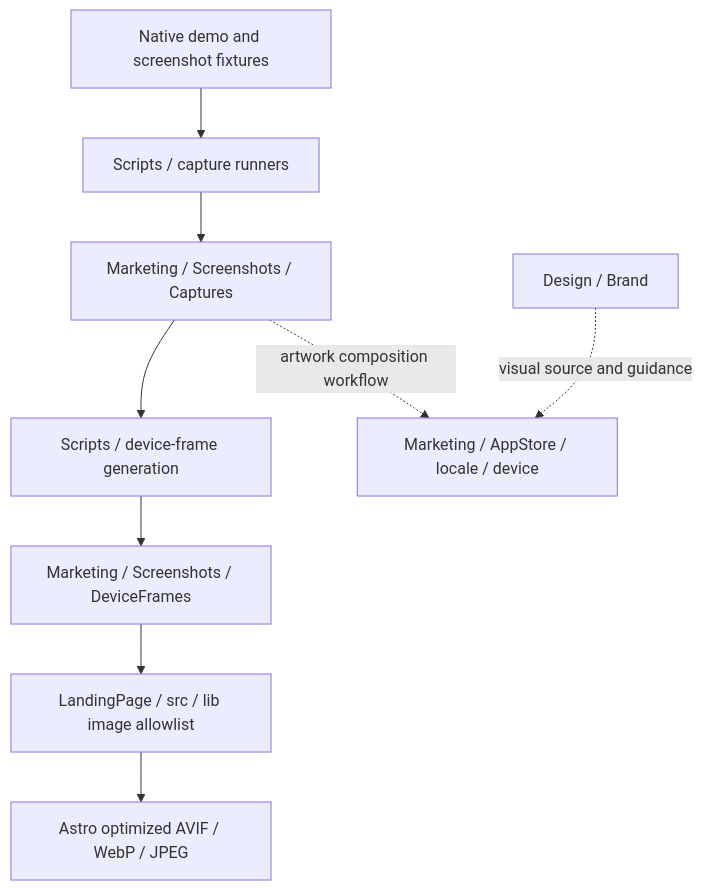
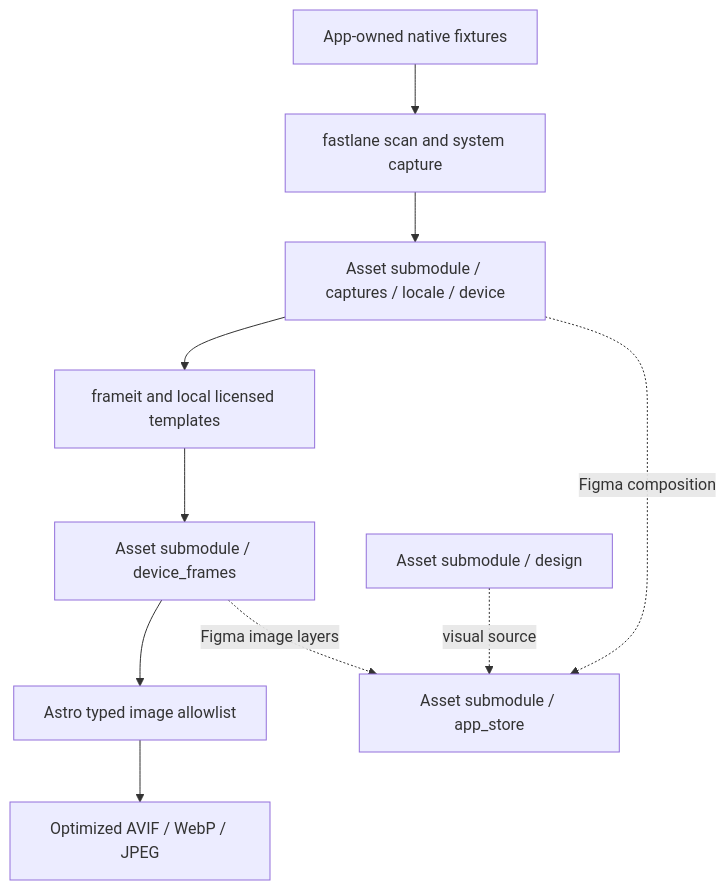
Before and after one commit to AkinoKaede/Termind: the third of 3 diagrams in openwiki/architecture/supporting-system-directories.md, drawn with Mermaid. The commit also changed other lines of this file and 71 other files, not shown here.

````diff
--- a/openwiki/architecture/supporting-system-directories.md
+++ b/openwiki/architecture/supporting-system-directories.md
@@ -212,11 +218,12 @@
 ```mermaid
 flowchart TB
-    Native["Native demo and screenshot fixtures"] --> Capture["Scripts / capture runners"]
-    Capture --> Raw["Marketing / Screenshots / Captures"]
-    Raw --> Frames["Scripts / device-frame generation"]
-    Frames --> Framed["Marketing / Screenshots / DeviceFrames"]
-    Framed --> Images["LandingPage / src / lib image allowlist"]
-    Images --> Astro["Astro optimized AVIF / WebP / JPEG"]
-    Raw -.->|artwork composition workflow| Store["Marketing / AppStore / locale / device"]
-    Brand["Design / Brand"] -.->|visual source and guidance| Store
+    Native["App-owned native fixtures"] --> Capture["fastlane scan and system capture"]
+    Capture --> Raw["Asset submodule / captures / locale / device"]
+    Raw --> Frames["frameit and local licensed templates"]
+    Frames --> Framed["Asset submodule / device_frames"]
+    Framed --> Images["Astro typed image allowlist"]
+    Images --> Astro["Optimized AVIF / WebP / JPEG"]
+    Raw -.->|Figma composition| Store["Asset submodule / app_store"]
+    Framed -.->|Figma image layers| Store
+    Brand["Asset submodule / design"] -.->|visual source| Store
 ```
````
